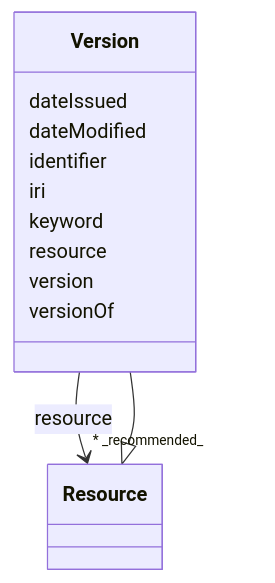
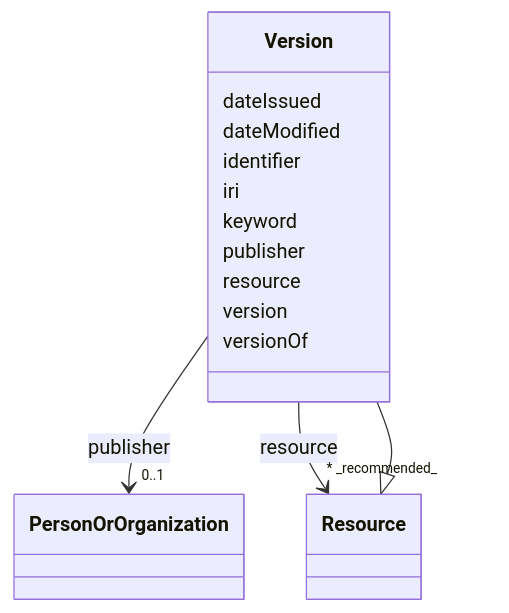
The diagram in models/docs/Version.md (EVORA-project/evora-ontology), drawn with Mermaid before and after one commit. The commit also changed other lines of this file and 468 other files, not shown here.

````diff
--- a/models/docs/Version.md
+++ b/models/docs/Version.md
@@ -19,32 +19,41 @@
 ```mermaid
  classDiagram
     class Version
     click Version href "../Version"
       Resource <|-- Version
         click Resource href "../Resource"
       
       Version : dateIssued
         
       Version : dateModified
         
       Version : identifier
         
       Version : iri
         
       Version : keyword
         
+      Version : publisher
+        
+          
+    
+    
+    Version --> "0..1" PersonOrOrganization : publisher
+    click PersonOrOrganization href "../PersonOrOrganization"
+
+        
       Version : resource
         
           
     
     
     Version --> "* _recommended_" Resource : resource
     click Resource href "../Resource"
 
         
       Version : version
         
       Version : versionOf
         
       
 ```
````
